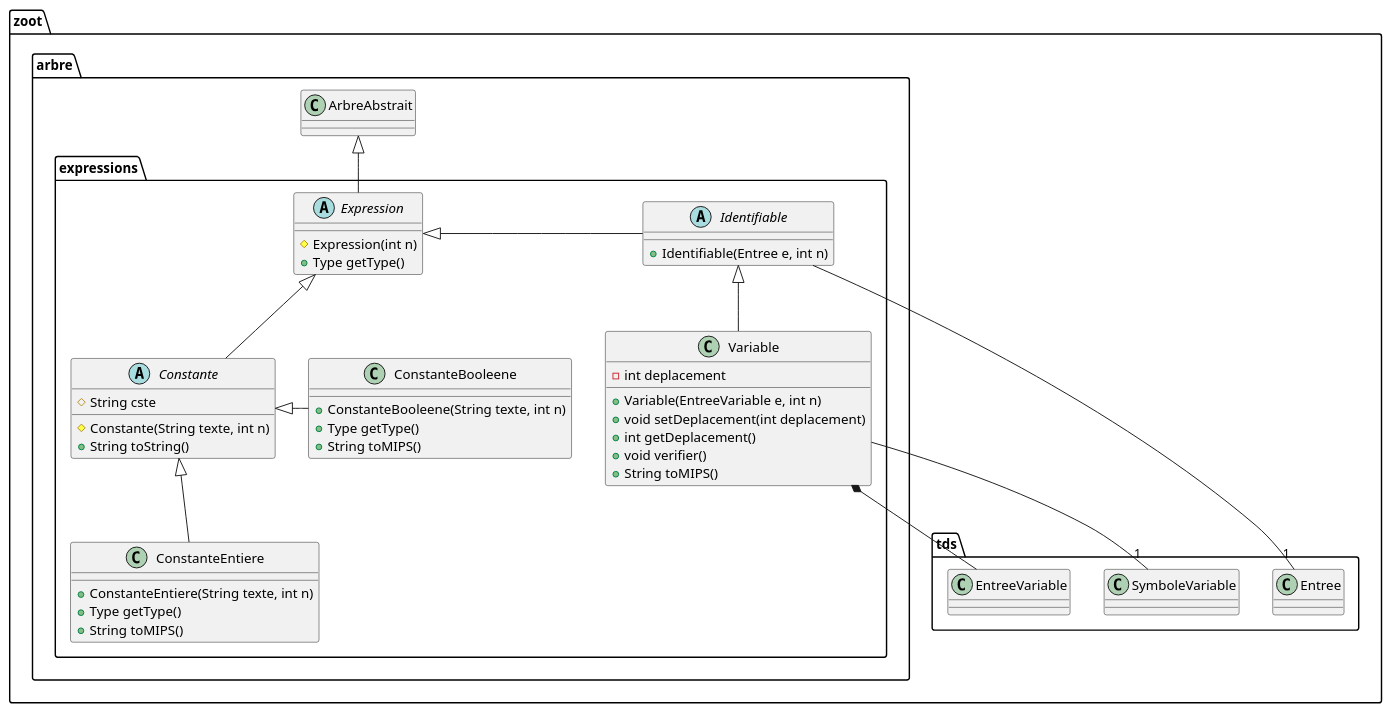
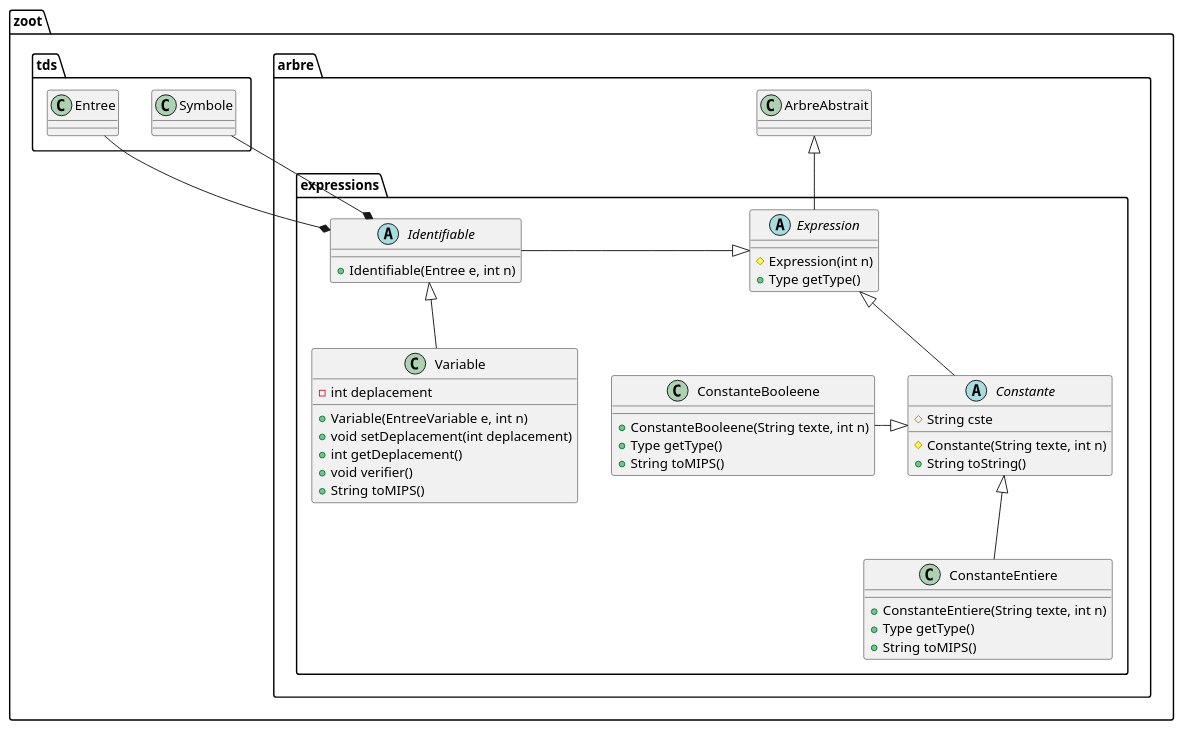
One commit to lmtb06/zoot changed the diagram in diagrammes/classe/expressions.puml. Above: the diagram before and after it, drawn with PlantUML. The commit also changed 34 other files, not shown here.

```diff
--- a/diagrammes/classe/expressions.puml
+++ b/diagrammes/classe/expressions.puml
@@ -1,52 +1,52 @@
 @startuml "Package expressions"
 namespace zoot.arbre.expressions {
     ' Includes
     ' Classes
     abstract class Expression {
         # Expression(int n)
         + Type getType()
     }
 
     abstract class Constante {
         # String cste
         # Constante(String texte, int n)
         + String toString()
     }
 
     class ConstanteEntiere {
         + ConstanteEntiere(String texte, int n)
         + Type getType()
         + String toMIPS()
     }
 
     class ConstanteBooleene {
         + ConstanteBooleene(String texte, int n)
         + Type getType()
         + String toMIPS()
 
     }
 
     abstract class Identifiable {
         + Identifiable(Entree e, int n)
+        ' TODO dans zoot2 + void setSymbole(Symbole s) la décoration se fera ici
     }
 
     class Variable {
         - int deplacement
         + Variable(EntreeVariable e, int n)
         + void setDeplacement(int deplacement)
         + int getDeplacement()
         + void verifier()
         + String toMIPS()
     }
     ' Relations entre les classes
     Expression -up-|> zoot.arbre.ArbreAbstrait
     Constante -up-|> Expression
     ConstanteEntiere -up-|> Constante
     ConstanteBooleene -right-|> Constante
-    Identifiable --"1" zoot.tds.Entree
-    Identifiable -right-|> Expression
+    Identifiable *-up- zoot.tds.Entree
+    Identifiable *-up- zoot.tds.Symbole
+    Identifiable -left-|> Expression
     Variable -up-|> Identifiable
-    Variable --"1" zoot.tds.SymboleVariable
-    Variable *-- zoot.tds.EntreeVariable
 }
 @enduml
```
